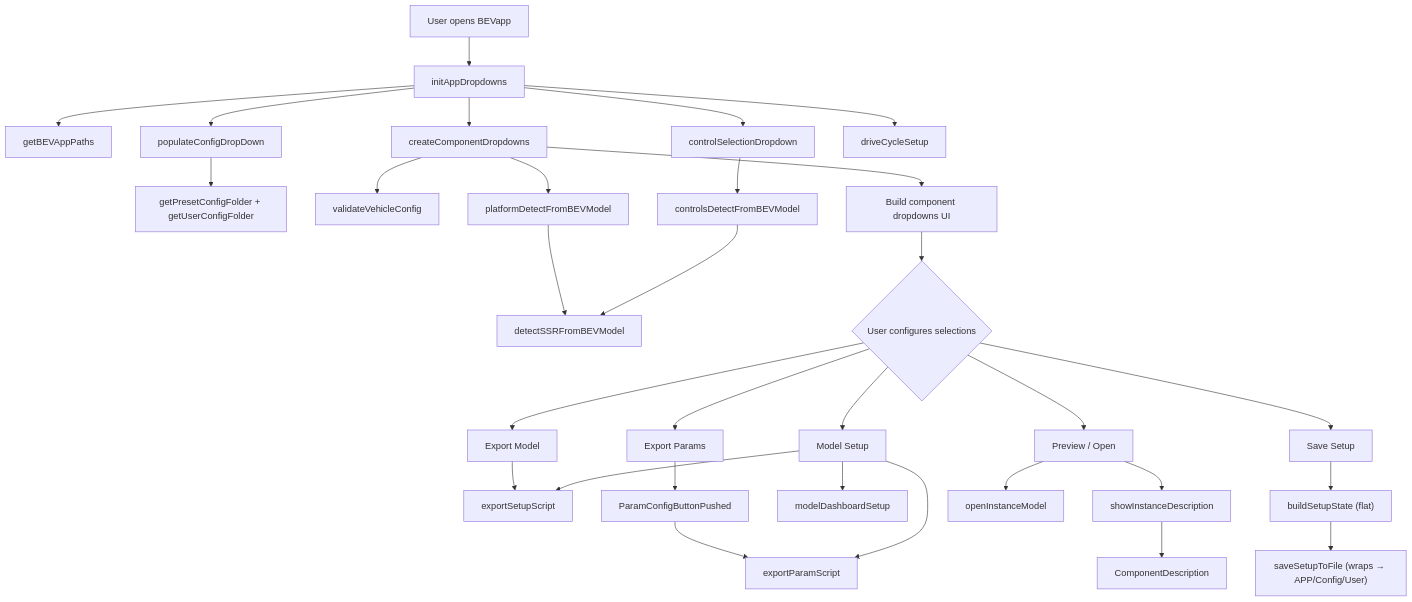
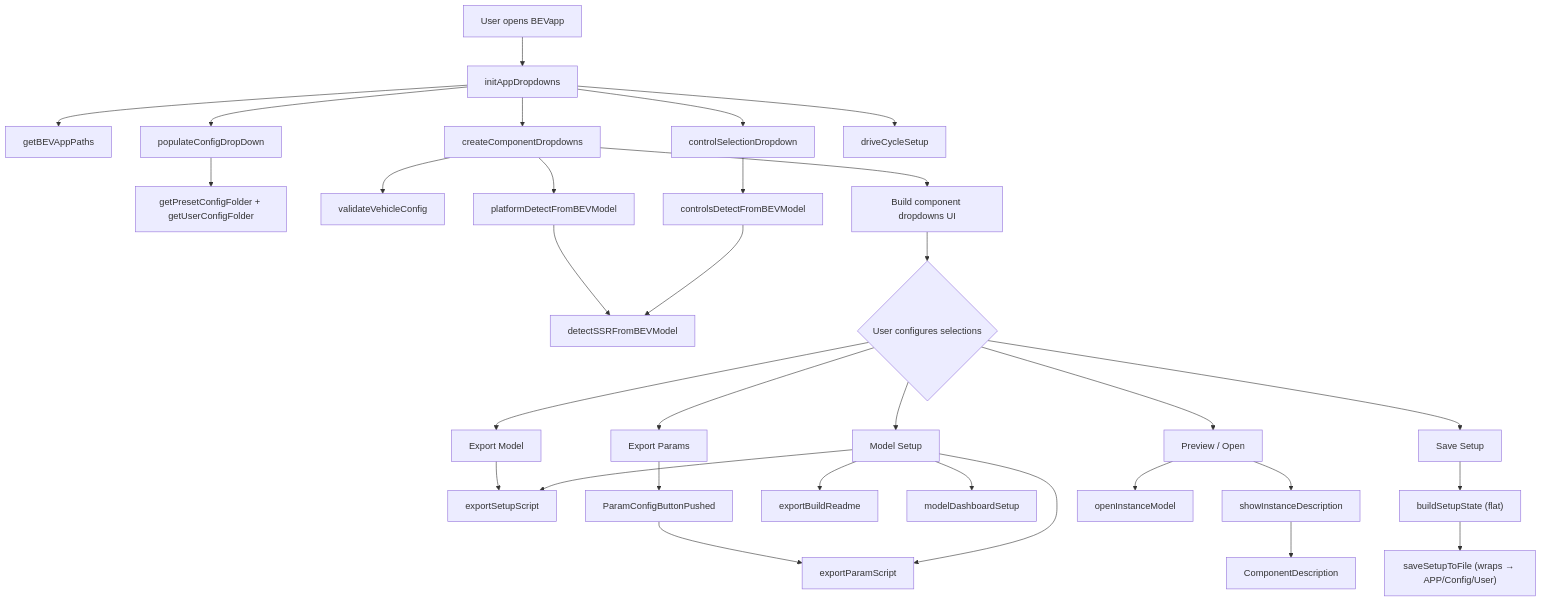
The diagram in APP/API/README.md (simscape/Electric-Vehicle-Simscape), drawn with Mermaid before and after one commit. The commit also changed other lines of this file and 18 other files, not shown here.

````diff
--- a/APP/API/README.md
+++ b/APP/API/README.md
@@ -101,40 +102,41 @@
 ```mermaid
 flowchart TD
     A[User opens BEVapp] --> B[initAppDropdowns]
     B --> B1[getBEVAppPaths]
     B --> B2[populateConfigDropDown]
     B2 --> B3[getPresetConfigFolder + getUserConfigFolder]
 
     B --> C[createComponentDropdowns]
     C --> D[validateVehicleConfig]
     C --> E[platformDetectFromBEVModel]
     E --> F[detectSSRFromBEVModel]
     C --> G[Build component dropdowns UI]
 
     B --> H[controlSelectionDropdown]
     H --> I[controlsDetectFromBEVModel]
     I --> F
 
     B --> J[driveCycleSetup]
 
     G --> K{User configures selections}
     K --> L[Export Model]
     K --> M[Export Params]
     K --> N[Model Setup]
 
     L --> O[exportSetupScript]
     M --> P[ParamConfigButtonPushed]
     P --> Q[exportParamScript]
     N --> O
     N --> Q
+    N --> NR[exportBuildReadme]
     N --> R[modelDashboardSetup]
 
     K --> S["Preview / Open"]
     S --> T[showInstanceDescription]
     S --> U[openInstanceModel]
     T --> V[ComponentDescription]
 
     K --> W[Save Setup]
     W --> X["buildSetupState (flat)"]
     X --> Y["saveSetupToFile (wraps → APP/Config/User)"]
 ```
````
